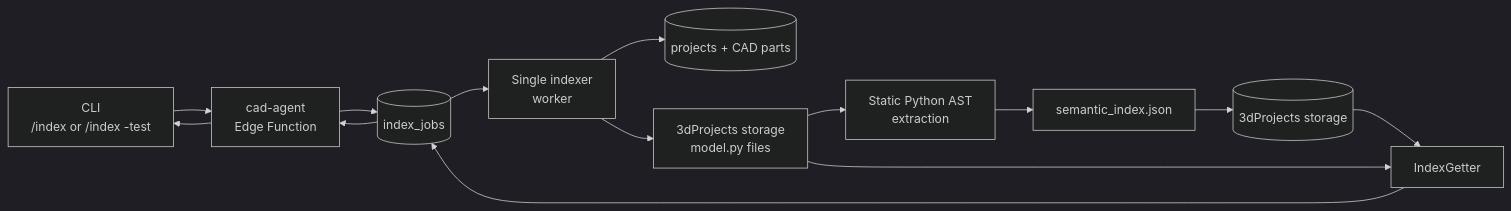
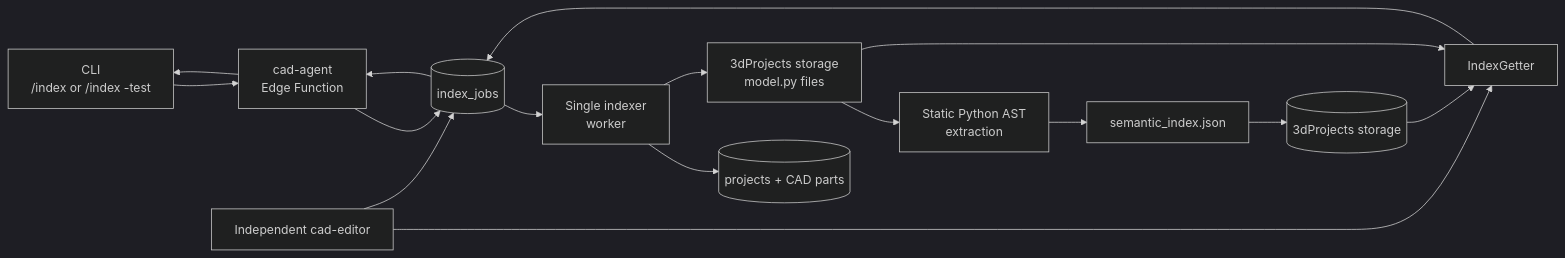
Before and after one commit to crebollarramirez/manifest_server: the diagram in workers/indexer/README.md, drawn with Mermaid (dark theme). The commit also changed other lines of this file and 95 other files, not shown here.

````diff
--- a/workers/indexer/README.md
+++ b/workers/indexer/README.md
@@ -42,16 +42,18 @@
 ```mermaid
 flowchart LR
     CLI["CLI<br/>/index or /index -test"] --> Edge["cad-agent<br/>Edge Function"]
     Edge --> Jobs[("index_jobs")]
     Jobs --> Worker["Single indexer<br/>worker"]
     Worker --> ProjectData[("projects + CAD parts")]
     Worker --> Source["3dProjects storage<br/>model.py files"]
     Source --> AST["Static Python AST<br/>extraction"]
     AST --> Index["semantic_index.json"]
     Index --> Storage[("3dProjects storage")]
     Storage --> Getter["IndexGetter"]
     Source --> Getter
+    Editor["Independent cad-editor"] --> Getter
+    Editor --> Jobs
     Getter --> Jobs
     Jobs --> Edge
     Edge --> CLI
 ```
````
